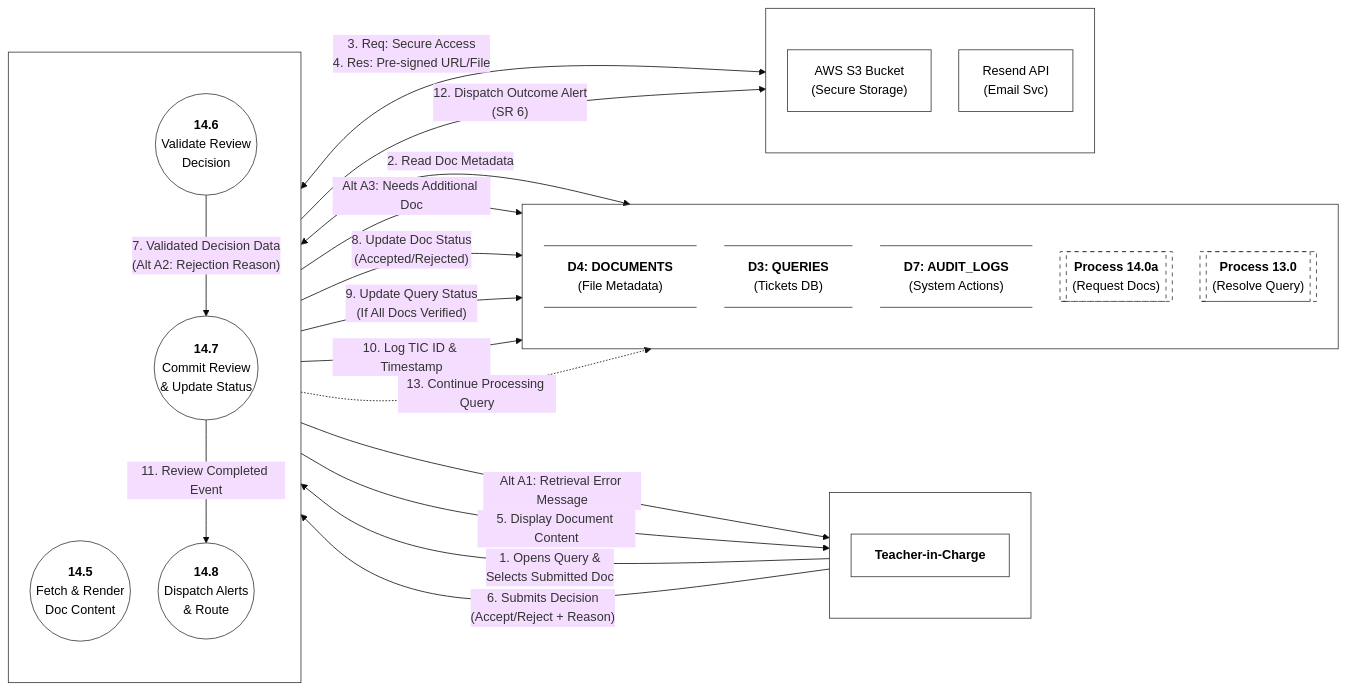
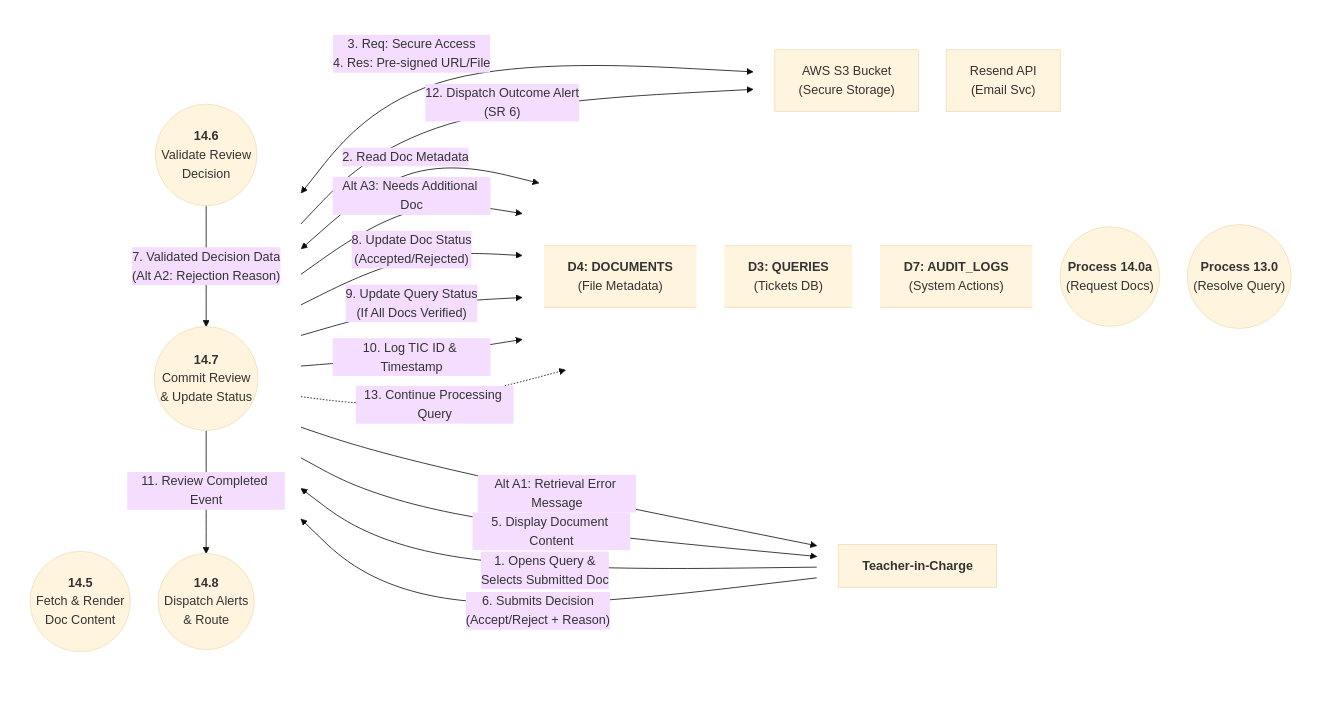
The diagram in SE/ideathon/documents/L2-DFD-T04.mmd (aryanhrc3428/Semester-5), drawn with Mermaid (base theme) before and after one commit. The commit also changed 43 other files, not shown here.

```diff
--- a/SE/ideathon/documents/L2-DFD-T04.mmd
+++ b/SE/ideathon/documents/L2-DFD-T04.mmd
@@ -1,95 +1,83 @@
 %%{init: {
   "flowchart": {
     "htmlLabels": true,
     "nodeSpacing": 35,
     "rankSpacing": 80,
     "padding": 15
   }
 }}%%
 flowchart LR
 
     %% -------------------------------------------------------------
     %% COLUMN 1: ACTORS
     %% -------------------------------------------------------------
     subgraph Actors [" "]
         direction TB
         TIC["<b>Teacher-in-Charge</b>"]
     end
 
     %% -------------------------------------------------------------
     %% COLUMN 2: SUB-PROCESSES (Decomposition of 14.0 - Review)
     %% -------------------------------------------------------------
     subgraph SubProcesses [" "]
         direction TB
         P14_5(("<b>14.5</b><br/>Fetch & Render<br/>Doc Content"))
         P14_6(("<b>14.6</b><br/>Validate Review<br/>Decision"))
         P14_7(("<b>14.7</b><br/>Commit Review<br/>& Update Status"))
         P14_8(("<b>14.8</b><br/>Dispatch Alerts<br/>& Route"))
     end
 
     %% -------------------------------------------------------------
     %% COLUMN 3: DATA STORES & INTERNAL ROUTING
     %% -------------------------------------------------------------
     subgraph DataStores [" "]
         direction TB
         D4@{ shape: datastore, label: "<b>D4: DOCUMENTS</b><br/>(File Metadata)" }
         D3@{ shape: datastore, label: "<b>D3: QUERIES</b><br/>(Tickets DB)" }
         D7@{ shape: datastore, label: "<b>D7: AUDIT_LOGS</b><br/>(System Actions)" }
-        P14a[["<b>Process 14.0a</b><br/>(Request Docs)"]]
-        P13[["<b>Process 13.0</b><br/>(Resolve Query)"]]
+        P14a(("<b>Process 14.0a</b><br/>(Request Docs)"))
+        P13(("<b>Process 13.0</b><br/>(Resolve Query)"))
     end
 
     %% -------------------------------------------------------------
     %% COLUMN 4: EXTERNAL SERVICES & UI SINKS
     %% -------------------------------------------------------------
     subgraph ExtServices [" "]
         direction TB
         ExtS3["AWS S3 Bucket<br/>(Secure Storage)"]
         ExtEmail["Resend API<br/>(Email Svc)"]
     end
 
     %% =============================================================
     %% DATA FLOWS
     %% =============================================================
 
     %% --- 14.5 Fetch Doc ---
     TIC -->|"1. Opens Query &<br/>Selects Submitted Doc"| P14_5
     P14_5 <-->|"2. Read Doc Metadata"| D4
     P14_5 <-->|"3. Req: Secure Access<br/>4. Res: Pre-signed URL/File"| ExtS3
     P14_5 -->|"Alt A1: Retrieval Error Message"| TIC
     P14_5 -->|"5. Display Document Content"| TIC
     
     %% --- 14.6 Validate Decision ---
     TIC -->|"6. Submits Decision<br/>(Accept/Reject + Reason)"| P14_6
     P14_6 -->|"Alt A3: Needs Additional Doc"| P14a
     P14_6 -->|"7. Validated Decision Data<br/>(Alt A2: Rejection Reason)"| P14_7
     
     %% --- 14.7 Commit Review ---
     P14_7 -->|"8. Update Doc Status<br/>(Accepted/Rejected)"| D4
     P14_7 -->|"9. Update Query Status<br/>(If All Docs Verified)"| D3
     P14_7 -->|"10. Log TIC ID & Timestamp"| D7
     
     %% --- 14.8 Dispatch Alerts ---
     P14_7 -->|"11. Review Completed Event"| P14_8
     P14_8 -->|"12. Dispatch Outcome Alert<br/>(SR 6)"| ExtEmail
     P14_8 -.->|"13. Continue Processing Query"| P13
 
     %% -------------------------------------------------------------
     %% STYLING
     %% -------------------------------------------------------------
-    classDef processStyle fill:#fff,stroke:#333,stroke-width:1px,color:#000
-    classDef storeStyle fill:#fff,stroke:#333,stroke-width:1px,color:#000
-    classDef actorStyle fill:#fff,stroke:#333,stroke-width:1px,color:#000
-    classDef extStyle fill:#fff,stroke:#333,stroke-width:1px,color:#000
-    classDef routeStyle fill:#fff,stroke:#333,stroke-width:1px,color:#000,stroke-dasharray: 5 5
-
-    class P14_5,P14_6,P14_7,P14_8 processStyle;
-    class D3,D4,D7 storeStyle;
-    class P14a,P13 routeStyle;
-    class TIC actorStyle;
-    class ExtS3,ExtEmail extStyle;
-
-    style Actors fill:none,stroke:#333,stroke-width:1px
-    style SubProcesses fill:none,stroke:#333,stroke-width:1px
-    style DataStores fill:none,stroke:#333,stroke-width:1px
-    style ExtServices fill:none,stroke:#333,stroke-width:1px
+    style Actors fill:none, stroke:none
+    style DataStores fill:none, stroke:none
+    style SubProcesses fill:none, stroke:none
+    style ExtServices fill:none, stroke:none
```
